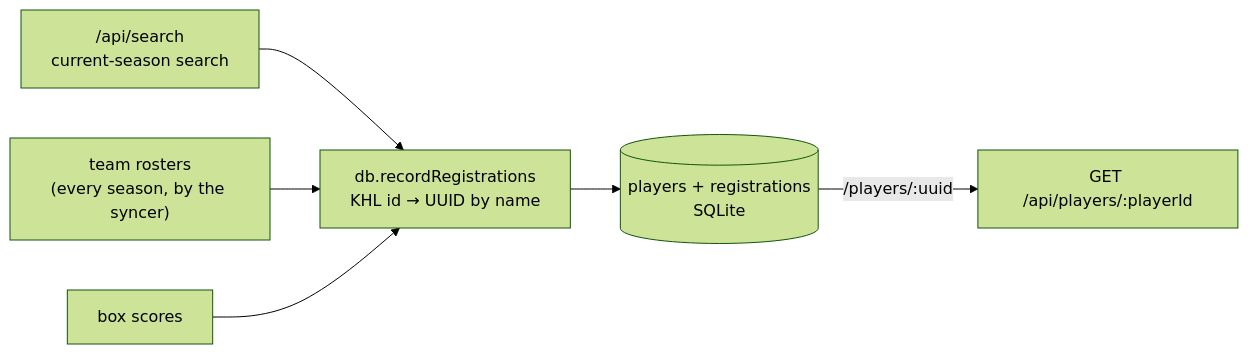
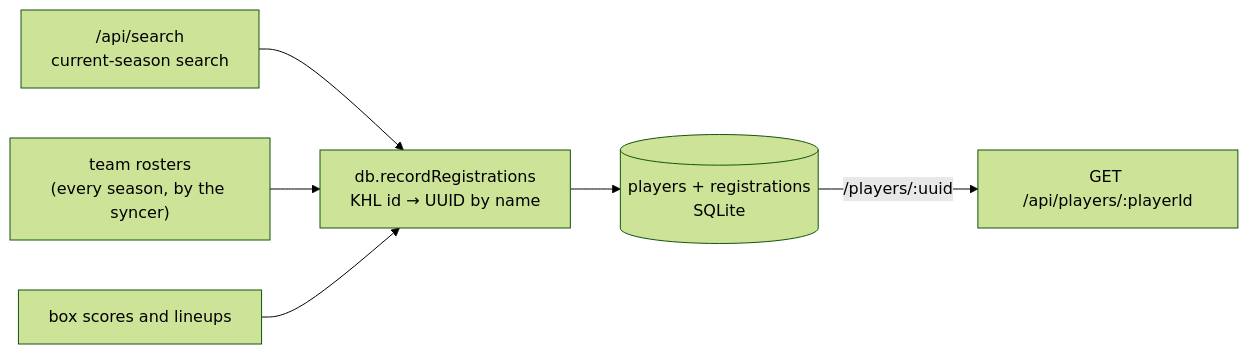
Before and after one commit to dvdzkwsk/dvdzkwsk: the fifth of 7 diagrams in projects/khl/ARCHITECTURE.md, drawn with Mermaid (forest theme). The commit also changed other lines of this file and 15 other files, not shown here.

````diff
--- a/projects/khl/ARCHITECTURE.md
+++ b/projects/khl/ARCHITECTURE.md
@@ -160,8 +164,8 @@
 ```mermaid
 flowchart LR
     Search["/api/search<br/>current-season search"] --> Record["db.recordRegistrations<br/>KHL id → UUID by name"]
     Roster["team rosters<br/>(every season, by the syncer)"] --> Record
-    Box["box scores"] --> Record
+    Box["box scores and lineups"] --> Record
     Record --> UUID[("players + registrations<br/>SQLite")]
     UUID -- "/players/:uuid" --> Profile["GET /api/players/:playerId"]
 ```
````
